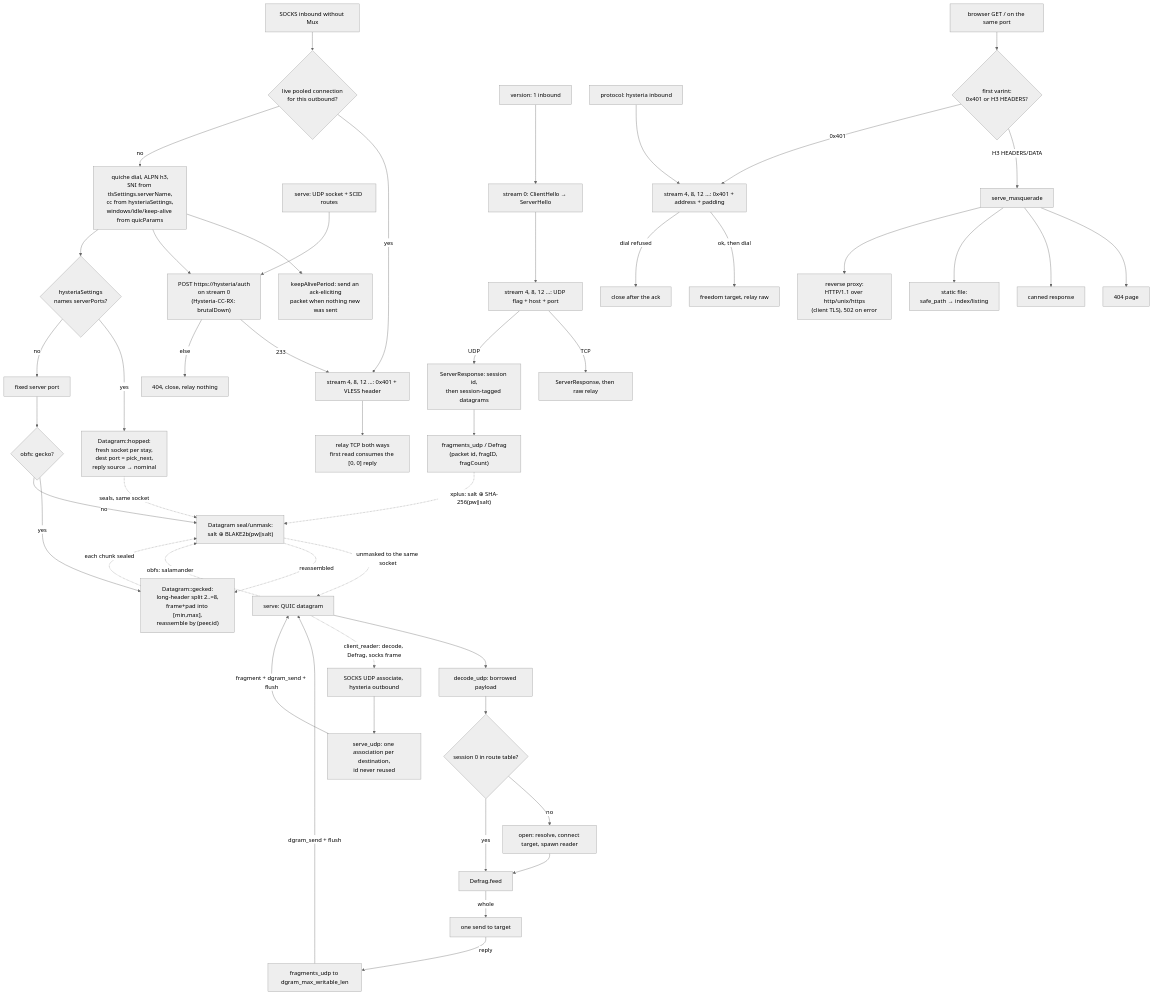
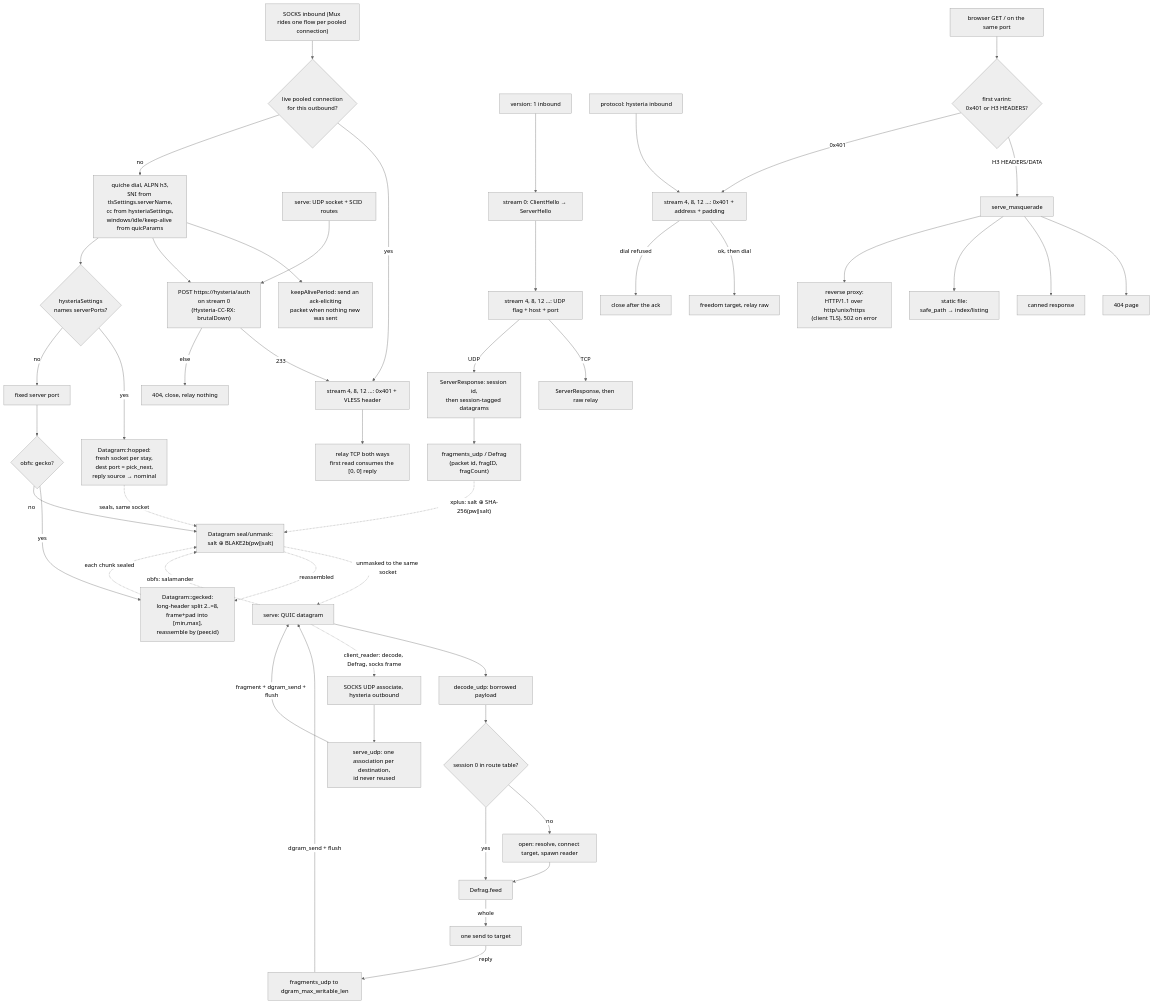
One commit to Ferrocite/ferrox changed the diagram in docs/function/carrier-hysteria.md. Above: the diagram before and after it, drawn with Mermaid (neutral theme). The commit also changed other lines of this file and 5 other files, not shown here.

````diff
--- a/docs/function/carrier-hysteria.md
+++ b/docs/function/carrier-hysteria.md
@@ -25,50 +25,50 @@
 ```mermaid
 graph TD
-    S["SOCKS inbound without Mux"] --> P{"live pooled connection<br/>for this outbound?"}
+    S["SOCKS inbound (Mux rides one flow per pooled connection)"] --> P{"live pooled connection<br/>for this outbound?"}
     P -- yes --> F["stream 4, 8, 12 …: 0x401 + VLESS header"]
     P -- no --> D["quiche dial, ALPN h3,<br/>SNI from tlsSettings.serverName,<br/>cc from hysteriaSettings,<br/>windows/idle/keep-alive from quicParams"]
     D --> KA["keepAlivePeriod: send an ack-eliciting<br/>packet when nothing new was sent"]
     D --> A["POST https://hysteria/auth<br/>on stream 0<br/>(Hysteria-CC-RX: brutalDown)"]
     A -- 233 --> F
     F --> R["relay TCP both ways<br/>first read consumes the [0, 0] reply"]
     A -- else --> X["404, close, relay nothing"]
     H["serve: UDP socket + SCID routes"] --> A
     V1["version: 1 inbound"] --> VH["stream 0: ClientHello → ServerHello"]
     VH --> VF["stream 4, 8, 12 …: UDP flag + host + port"]
     VF -- "TCP" --> VT["ServerResponse, then raw relay"]
     VF -- "UDP" --> VU["ServerResponse: session id,<br/>then session-tagged datagrams"]
     VU --> VD["fragments_udp / Defrag<br/>(packet id, fragID, fragCount)"]
     VD -. "xplus: salt ⊕ SHA-256(pw‖salt)" .-> M
     P2["protocol: hysteria inbound"] --> Q["stream 4, 8, 12 …: 0x401 + address + padding"]
     Q -- "ok, then dial" --> T["freedom target, relay raw"]
     Q -- "dial refused" --> C["close after the ack"]
     G["serve: QUIC datagram"] --> D2["decode_udp: borrowed payload"]
     G -. "obfs: salamander" .-> M["Datagram seal/unmask:<br/>salt ⊕ BLAKE2b(pw‖salt)"]
     M -. "unmasked to the same socket" .-> G
     D2 --> E2{"session 0 in route table?"}
     E2 -- no --> O["open: resolve, connect target, spawn reader"]
     E2 -- yes --> F2["Defrag.feed"]
     O --> F2
     F2 -- whole --> U["one send to target"]
     U -- "reply " --> V["fragments_udp to dgram_max_writable_len"]
     V -- "dgram_send + flush" --> G
     W["SOCKS UDP associate, hysteria outbound"] --> N["serve_udp: one association per destination,<br/>id never reused"]
     N -- "fragment + dgram_send + flush" --> G
     G -. "client_reader: decode, Defrag, socks frame" .-> W
     B["browser GET / on the same port"] --> MS{"first varint:<br/>0x401 or H3 HEADERS?"}
     MS -- "H3 HEADERS/DATA" --> SM["serve_masquerade"]
     MS -- "0x401" --> Q
     SM --> K1["404 page"]
     SM --> K2["canned response"]
     SM --> K3["static file:<br/>safe_path → index/listing"]
     SM --> K4["reverse proxy:<br/>HTTP/1.1 over http/unix/https<br/>(client TLS), 502 on error"]
     D --> HP{"hysteriaSettings<br/>names serverPorts?"}
     HP -- "yes" --> HH["Datagram::hopped:<br/>fresh socket per stay,<br/>dest port = pick_next,<br/>reply source → nominal"]
     HP -- "no" --> HF["fixed server port"]
     HF --> GK{"obfs: gecko?"}
     GK -- "yes" --> GF["Datagram::gecked:<br/>long-header split 2..=8,<br/>frame+pad into [min,max],<br/>reassemble by (peer,id)"]
     GK -- "no" --> M
     GF -. "each chunk sealed" .-> M
     M -. "reassembled" .-> GF
     HH -. "seals, same socket" .-> M
 ```
````
